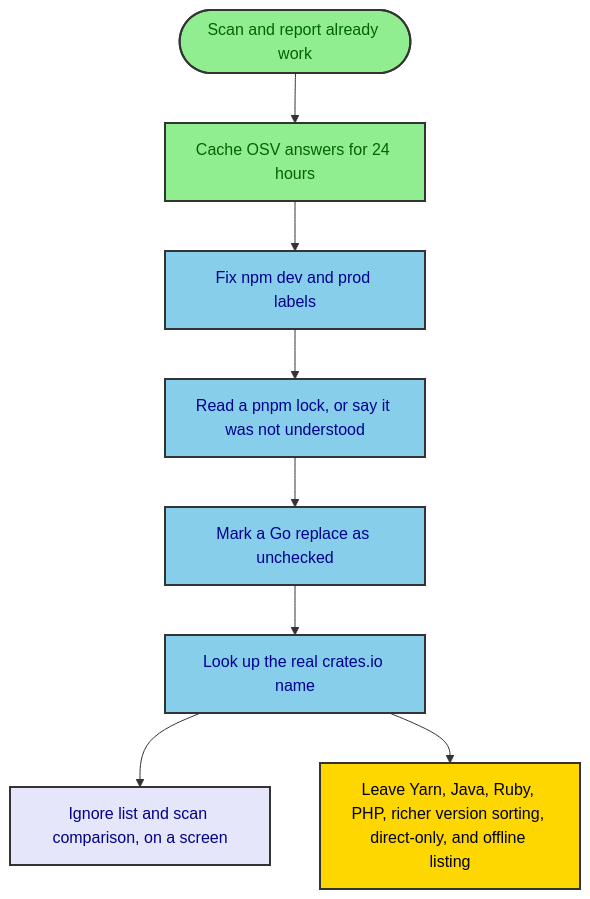
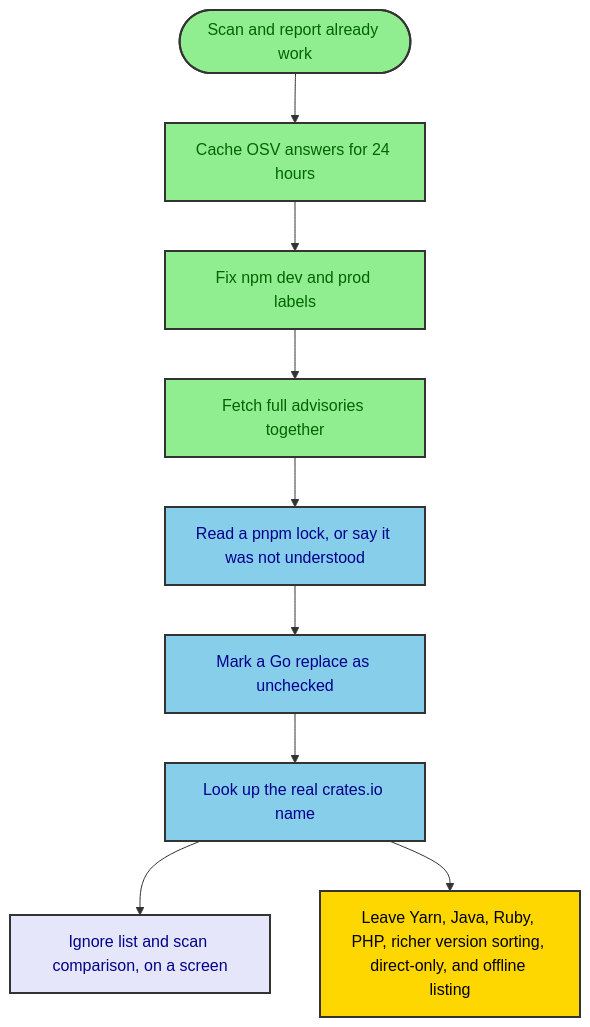
One commit to abrar41148/SupScan changed the diagram in diagrams/roadmap_01_flowchart_work_order.mmd. Above: the diagram before and after it, drawn with Mermaid. The commit also changed 3 other files, not shown here.

```diff
--- a/diagrams/roadmap_01_flowchart_work_order.mmd
+++ b/diagrams/roadmap_01_flowchart_work_order.mmd
@@ -1,18 +1,19 @@
 flowchart TD
     Start([Scan and report already work]) --> Cache["Cache OSV answers for 24 hours"]
     Cache --> Npm["Fix npm dev and prod labels"]
-    Npm --> Pnpm["Read a pnpm lock, or say it was not understood"]
+    Npm --> Hydrate["Fetch full advisories together"]
+    Hydrate --> Pnpm["Read a pnpm lock, or say it was not understood"]
     Pnpm --> GoReplace["Mark a Go replace as unchecked"]
     GoReplace --> Cargo["Look up the real crates.io name"]
     Cargo --> Screen["Ignore list and scan comparison, on a screen"]
     Cargo --> Parked["Leave Yarn, Java, Ruby, PHP, richer version sorting, direct-only, and offline listing"]
 
     classDef done fill:#90EE90,stroke:#333,stroke-width:2px,color:darkgreen
     classDef next fill:#87CEEB,stroke:#333,stroke-width:2px,color:darkblue
     classDef later fill:#E6E6FA,stroke:#333,stroke-width:2px,color:darkblue
     classDef parked fill:#FFD700,stroke:#333,stroke-width:2px,color:black
 
-    class Start,Cache done
-    class Npm,Pnpm,GoReplace,Cargo next
+    class Start,Cache,Npm,Hydrate done
+    class Pnpm,GoReplace,Cargo next
     class Screen later
     class Parked parked
```
